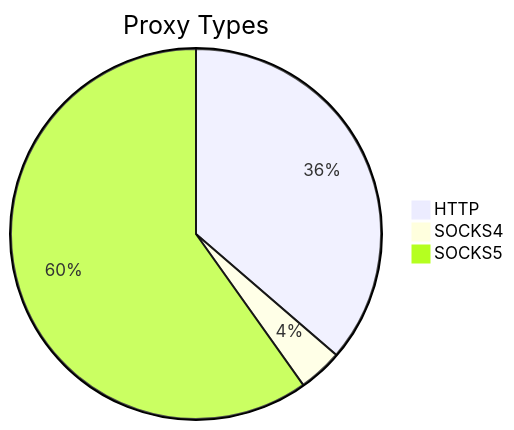
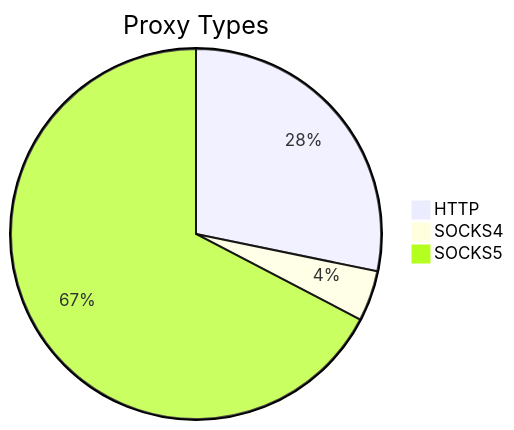
Before and after one commit to stormsia/proxy-list: the first of 2 diagrams in README.md, drawn with Mermaid. The commit also changed other lines of this file, not shown here.

````diff
--- a/README.md
+++ b/README.md
@@ -21,6 +21,6 @@
 ```mermaid
 pie title Proxy Types
-    "HTTP" : 85
-    "SOCKS4" : 9
-    "SOCKS5" : 140
+    "HTTP" : 179
+    "SOCKS4" : 28
+    "SOCKS5" : 427
 ```
````
